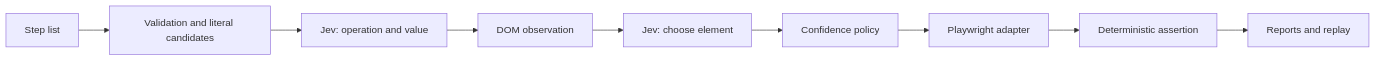
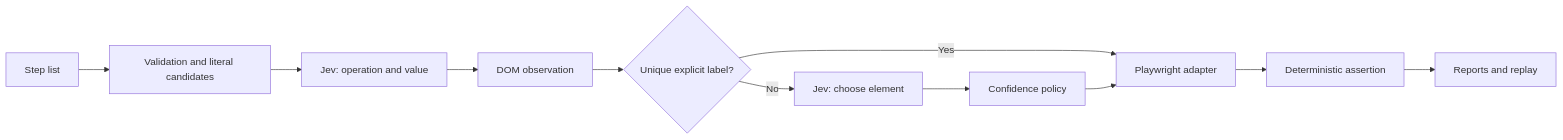
The diagram in README.md (Muscian/duit), drawn with Mermaid before and after one commit. The commit also changed other lines of this file and 19 other files, not shown here.

````diff
--- a/README.md
+++ b/README.md
@@ -148,11 +154,13 @@
 ```mermaid
 flowchart LR
   A[Step list] --> B[Validation and literal candidates]
   B --> C[Jev: operation and value]
   C --> D[DOM observation]
-  D --> E[Jev: choose element]
+  D --> L{Unique explicit label?}
+  L -->|Yes| G[Playwright adapter]
+  L -->|No| E[Jev: choose element]
   E --> F[Confidence policy]
-  F --> G[Playwright adapter]
+  F --> G
   G --> H[Deterministic assertion]
   H --> I[Reports and replay]
 ```
````
